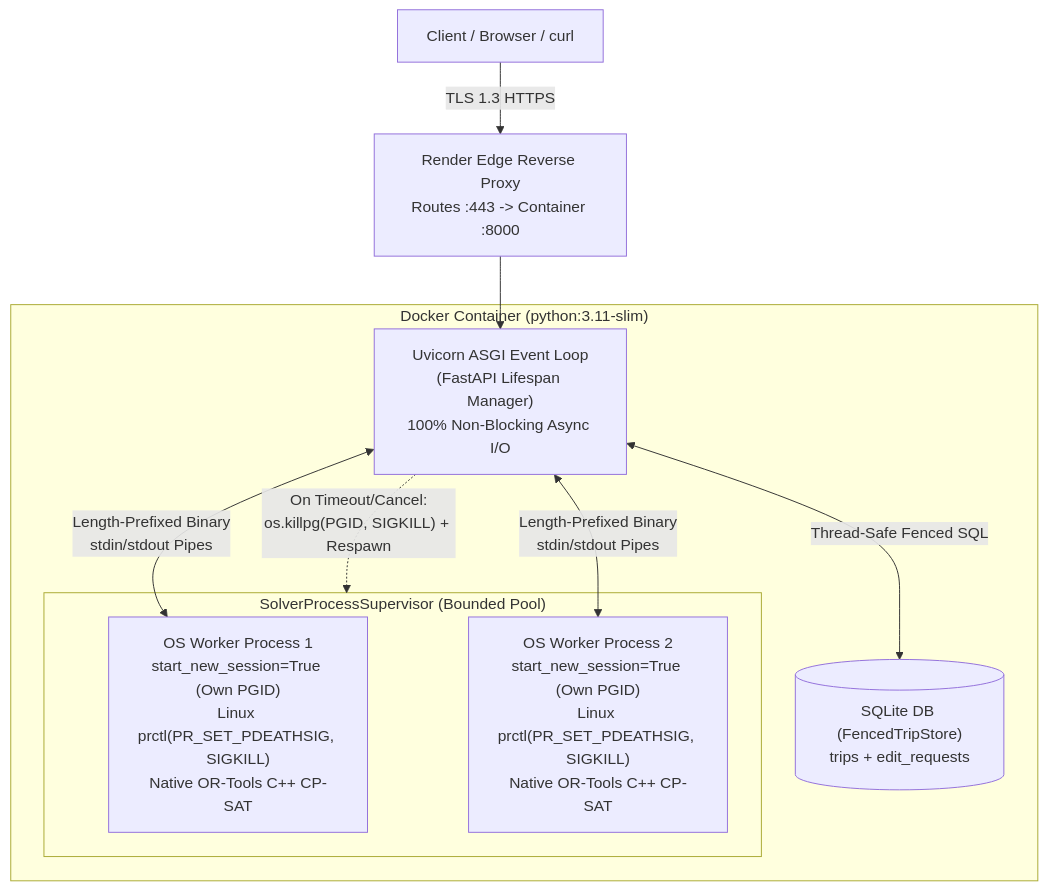
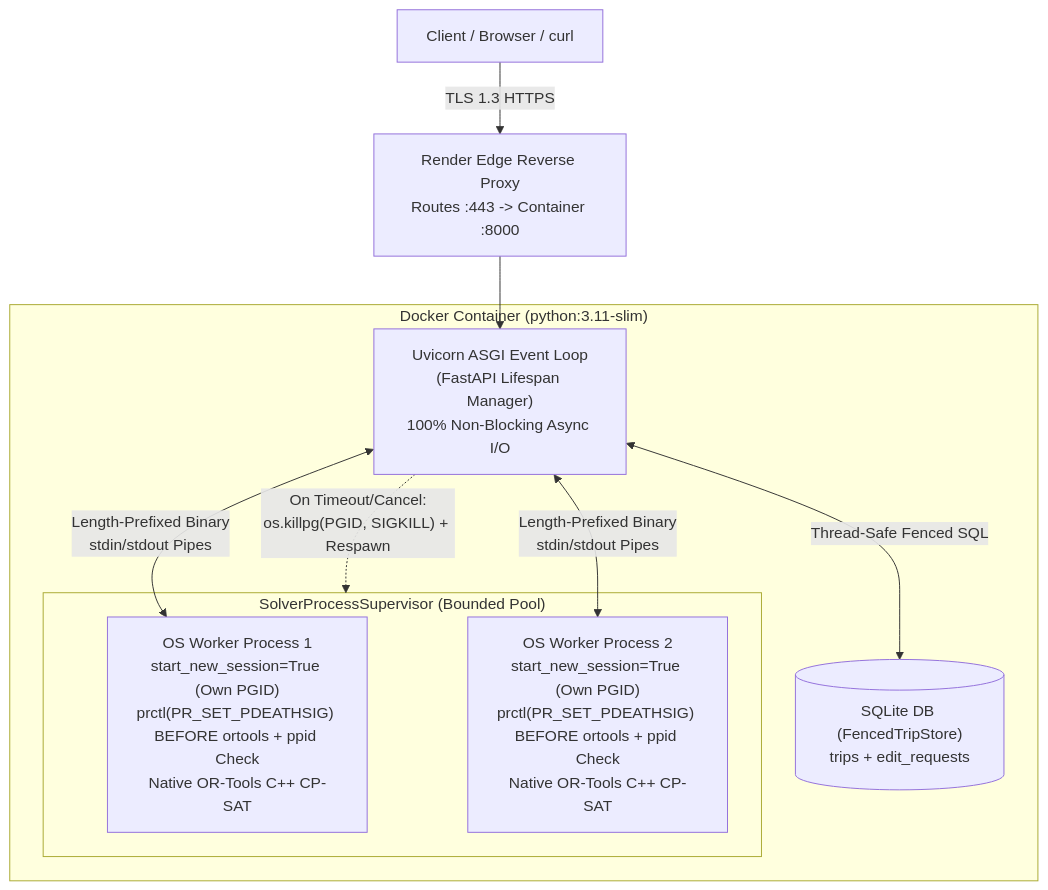
Before and after one commit to sainathmanda7/tripgraph-engine: the sixth of 9 diagrams in docs/architecture.md, drawn with Mermaid. The commit also changed other lines of this file and 12 other files, not shown here.

````diff
--- a/docs/architecture.md
+++ b/docs/architecture.md
@@ -208,20 +208,20 @@
 ```mermaid
 flowchart TB
     Client["Client / Browser / curl"] -->|"TLS 1.3 HTTPS"| Ingress["Render Edge Reverse Proxy<br/>Routes :443 -> Container :8000"]
 
     subgraph Container["Docker Container (python:3.11-slim)"]
         Uvicorn["Uvicorn ASGI Event Loop<br/>(FastAPI Lifespan Manager)<br/>100% Non-Blocking Async I/O"]
         SQLite[("SQLite DB (FencedTripStore)<br/>trips + edit_requests")]
 
         subgraph Pool["SolverProcessSupervisor (Bounded Pool)"]
-            W1["OS Worker Process 1<br/>start_new_session=True (Own PGID)<br/>Linux prctl(PR_SET_PDEATHSIG, SIGKILL)<br/>Native OR-Tools C++ CP-SAT"]
-            W2["OS Worker Process 2<br/>start_new_session=True (Own PGID)<br/>Linux prctl(PR_SET_PDEATHSIG, SIGKILL)<br/>Native OR-Tools C++ CP-SAT"]
+            W1["OS Worker Process 1<br/>start_new_session=True (Own PGID)<br/>prctl(PR_SET_PDEATHSIG) BEFORE ortools + ppid Check<br/>Native OR-Tools C++ CP-SAT"]
+            W2["OS Worker Process 2<br/>start_new_session=True (Own PGID)<br/>prctl(PR_SET_PDEATHSIG) BEFORE ortools + ppid Check<br/>Native OR-Tools C++ CP-SAT"]
         end
 
         Uvicorn <-->|"Thread-Safe Fenced SQL"| SQLite
         Uvicorn <-->|"Length-Prefixed Binary<br/>stdin/stdout Pipes"| W1 & W2
         Uvicorn -.->|"On Timeout/Cancel:<br/>os.killpg(PGID, SIGKILL) + Respawn"| Pool
     end
 
     Ingress --> Uvicorn
 ```
````
